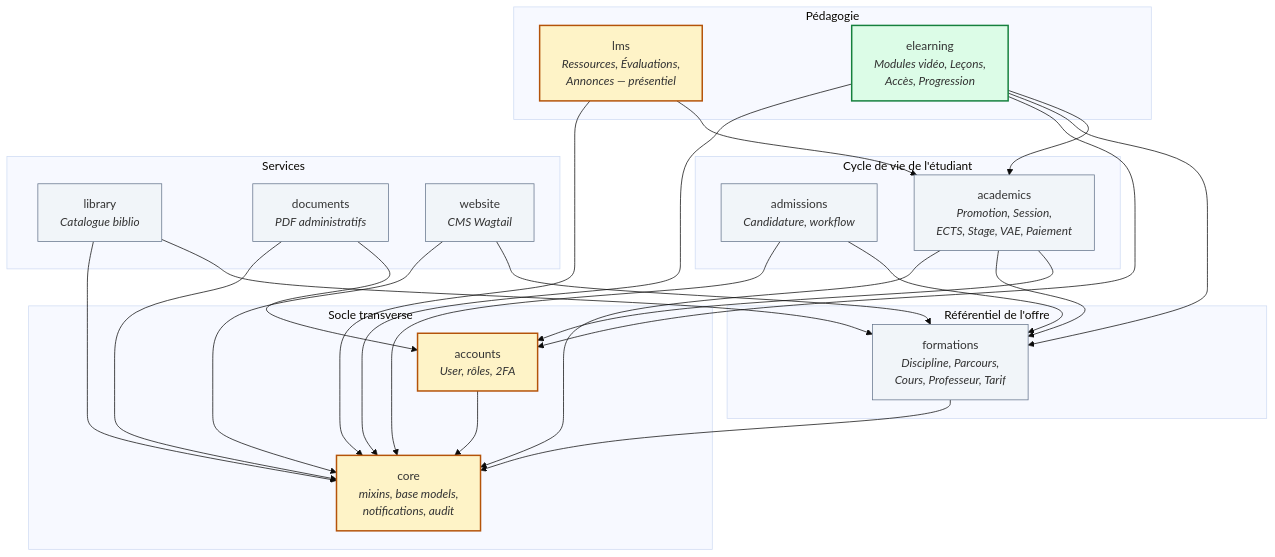
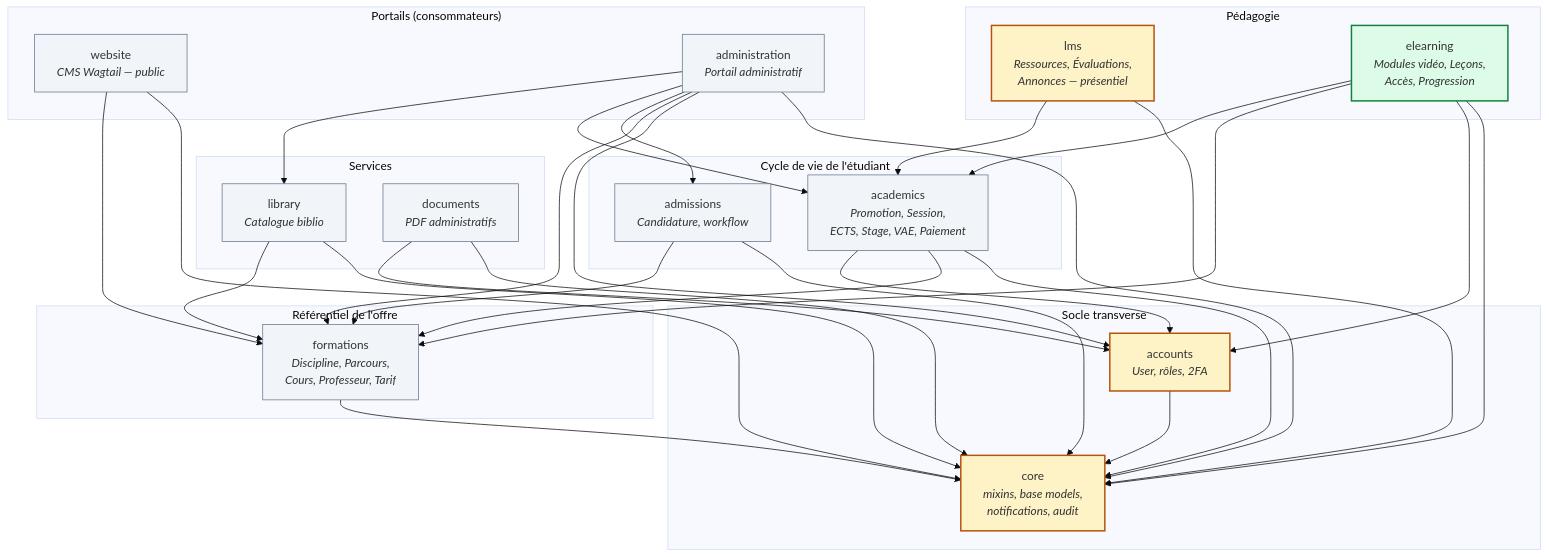
One commit to beaudelaire1/iteag changed the second of 22 diagrams in docs/architecture/uml.md. Above: the diagram before and after it, drawn with Mermaid (base theme). The commit also changed other lines of this file and 22 other files, not shown here.

````diff
--- a/docs/architecture/uml.md
+++ b/docs/architecture/uml.md
@@ -142,44 +142,49 @@
 ```mermaid
 graph TB
     subgraph SOCLE["Socle transverse"]
         core["core<br/><i>mixins, base models,<br/>notifications, audit</i>"]
         accounts["accounts<br/><i>User, rôles, 2FA</i>"]
     end
 
     subgraph REFERENTIEL["Référentiel de l'offre"]
         formations["formations<br/><i>Discipline, Parcours,<br/>Cours, Professeur, Tarif</i>"]
     end
 
     subgraph PARCOURS_ETU["Cycle de vie de l'étudiant"]
         admissions["admissions<br/><i>Candidature, workflow</i>"]
         academics["academics<br/><i>Promotion, Session,<br/>ECTS, Stage, VAE, Paiement</i>"]
     end
 
     subgraph PEDAGOGIE["Pédagogie"]
         lms["lms<br/><i>Ressources, Évaluations,<br/>Annonces — présentiel</i>"]
         elearning["elearning<br/><i>Modules vidéo, Leçons,<br/>Accès, Progression</i>"]
     end
 
     subgraph SERVICES["Services"]
         library["library<br/><i>Catalogue biblio</i>"]
         documents["documents<br/><i>PDF administratifs</i>"]
-        website["website<br/><i>CMS Wagtail</i>"]
+    end
+
+    subgraph PORTAILS["Portails (consommateurs)"]
+        website["website<br/><i>CMS Wagtail — public</i>"]
+        administration["administration<br/><i>Portail administratif</i>"]
     end
 
     accounts --> core
     formations --> core
     admissions --> core & formations
     academics --> core & formations & accounts
     lms --> core & academics
     elearning --> core & accounts & formations & academics
     library --> core & formations
     documents --> core & accounts
     website --> core & formations
+    administration --> core & accounts & formations & admissions & academics & library
 
     classDef nouveau fill:#DCFCE7,stroke:#15803D,stroke-width:2px
     classDef etendre fill:#FEF3C7,stroke:#B45309,stroke-width:2px
     classDef existant fill:#F1F5F9,stroke:#64748B
     class elearning nouveau
     class core,accounts,lms etendre
-    class formations,admissions,academics,library,documents,website existant
+    class formations,admissions,academics,library,documents,website,administration existant
 ```
````
